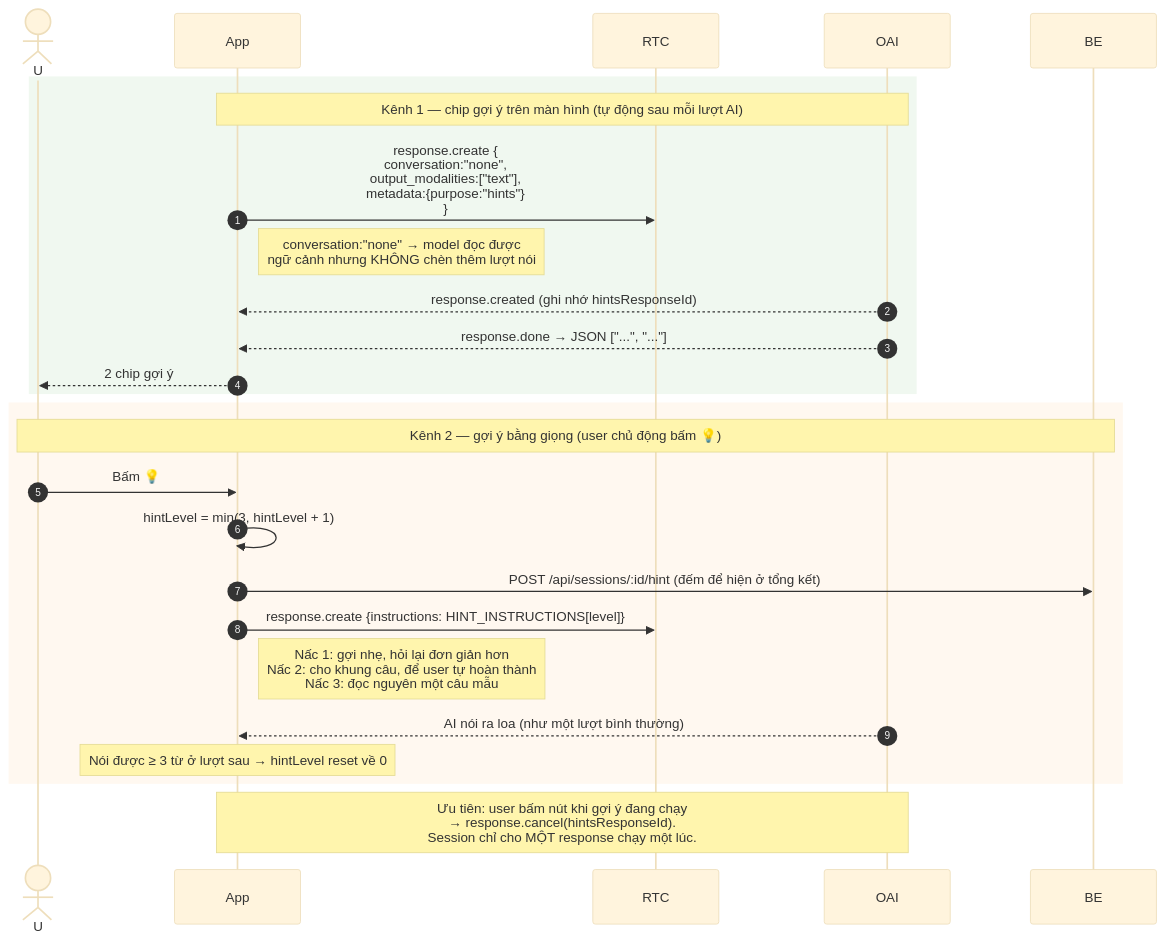
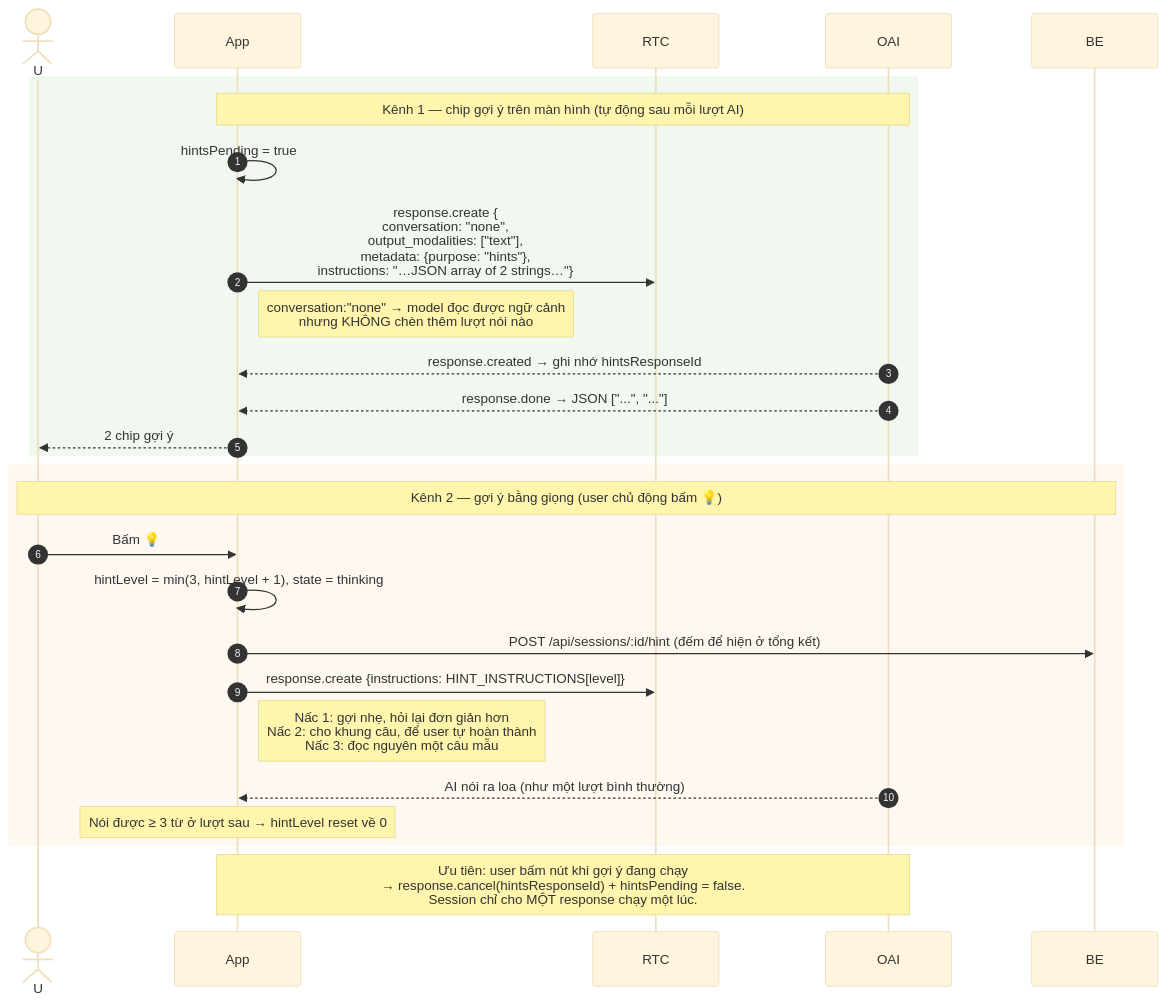
One commit to buingocthanh239/ai-talk-webrtc changed the tenth of 17 diagrams in docs/ai-talk-flow.md. Above: the diagram before and after it, drawn with Mermaid (base theme). The commit also changed other lines of this file and 3 other files, not shown here.

````diff
--- a/docs/ai-talk-flow.md
+++ b/docs/ai-talk-flow.md
@@ -284,31 +561,32 @@
 ```mermaid
 sequenceDiagram
     autonumber
     actor U
     participant App
     participant RTC
     participant OAI
     participant BE
 
     rect rgb(240, 248, 240)
         Note over App,OAI: Kênh 1 — chip gợi ý trên màn hình (tự động sau mỗi lượt AI)
-        App->>RTC: response.create {<br/>  conversation:"none",<br/>  output_modalities:["text"],<br/>  metadata:{purpose:"hints"}<br/>}
-        Note right of App: conversation:"none" → model đọc được<br/>ngữ cảnh nhưng KHÔNG chèn thêm lượt nói
-        OAI-->>App: response.created (ghi nhớ hintsResponseId)
+        App->>App: hintsPending = true
+        App->>RTC: response.create {<br/>conversation: "none",<br/>output_modalities: ["text"],<br/>metadata: {purpose: "hints"},<br/>instructions: "…JSON array of 2 strings…"}
+        Note right of App: conversation:"none" → model đọc được ngữ cảnh<br/>nhưng KHÔNG chèn thêm lượt nói nào
+        OAI-->>App: response.created → ghi nhớ hintsResponseId
         OAI-->>App: response.done → JSON ["...", "..."]
         App-->>U: 2 chip gợi ý
     end
 
     rect rgb(255, 248, 240)
         Note over U,BE: Kênh 2 — gợi ý bằng giọng (user chủ động bấm 💡)
         U->>App: Bấm 💡
-        App->>App: hintLevel = min(3, hintLevel + 1)
+        App->>App: hintLevel = min(3, hintLevel + 1), state = thinking
         App->>BE: POST /api/sessions/:id/hint (đếm để hiện ở tổng kết)
         App->>RTC: response.create {instructions: HINT_INSTRUCTIONS[level]}
         Note right of App: Nấc 1: gợi nhẹ, hỏi lại đơn giản hơn<br/>Nấc 2: cho khung câu, để user tự hoàn thành<br/>Nấc 3: đọc nguyên một câu mẫu
         OAI-->>App: AI nói ra loa (như một lượt bình thường)
         Note over App: Nói được ≥ 3 từ ở lượt sau → hintLevel reset về 0
     end
 
-    Note over App,OAI: Ưu tiên: user bấm nút khi gợi ý đang chạy<br/>→ response.cancel(hintsResponseId).<br/>Session chỉ cho MỘT response chạy một lúc.
+    Note over App,OAI: Ưu tiên: user bấm nút khi gợi ý đang chạy<br/>→ response.cancel(hintsResponseId) + hintsPending = false.<br/>Session chỉ cho MỘT response chạy một lúc.
 ```
````
